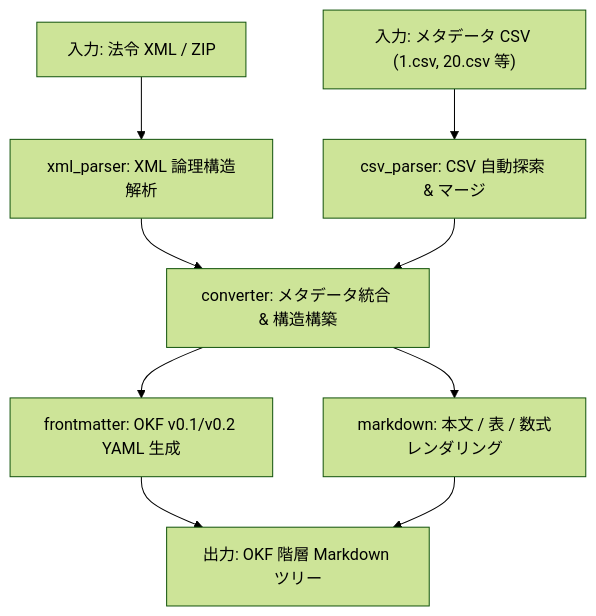
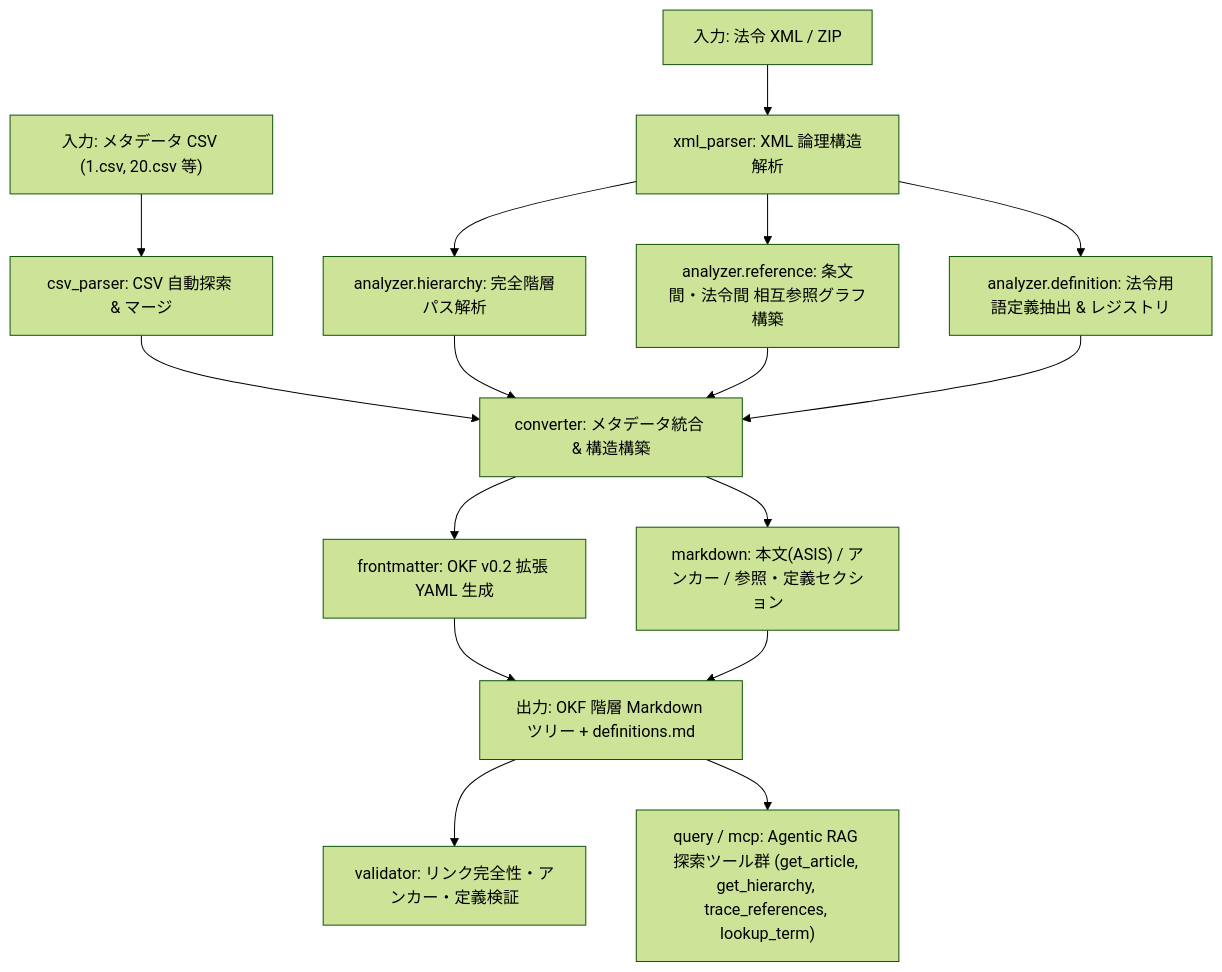
The diagram in docs/architecture/pipeline.md (chottokun/law2markdown), drawn with Mermaid (forest theme) before and after one commit. The commit also changed other lines of this file and 3 other files, not shown here.

Commit message:
docs: ingest agentic legal rag evaluation and update okf specs

````diff
--- a/docs/architecture/pipeline.md
+++ b/docs/architecture/pipeline.md
@@ -27,11 +31,18 @@
 ```mermaid
 flowchart TD
     A["入力: 法令 XML / ZIP"] --> B["xml_parser: XML 論理構造解析"]
     CSV["入力: メタデータ CSV (1.csv, 20.csv 等)"] --> C["csv_parser: CSV 自動探索 & マージ"]
-    B --> D["converter: メタデータ統合 & 構造構築"]
-    C --> D
-    D --> E["frontmatter: OKF v0.1/v0.2 YAML 生成"]
-    D --> F["markdown: 本文 / 表 / 数式レンダリング"]
-    E --> G["出力: OKF 階層 Markdown ツリー"]
+    B --> H["analyzer.hierarchy: 完全階層パス解析"]
+    B --> R["analyzer.reference: 条文間・法令間 相互参照グラフ構築"]
+    B --> DF["analyzer.definition: 法令用語定義抽出 & レジストリ"]
+    C --> D["converter: メタデータ統合 & 構造構築"]
+    H --> D
+    R --> D
+    DF --> D
+    D --> E["frontmatter: OKF v0.2 拡張 YAML 生成"]
+    D --> F["markdown: 本文(ASIS) / アンカー / 参照・定義セクション"]
+    E --> G["出力: OKF 階層 Markdown ツリー + definitions.md"]
     F --> G
+    G --> V["validator: リンク完全性・アンカー・定義検証"]
+    G --> Q["query / mcp: Agentic RAG 探索ツール群 (get_article, get_hierarchy, trace_references, lookup_term)"]
 ```
````
